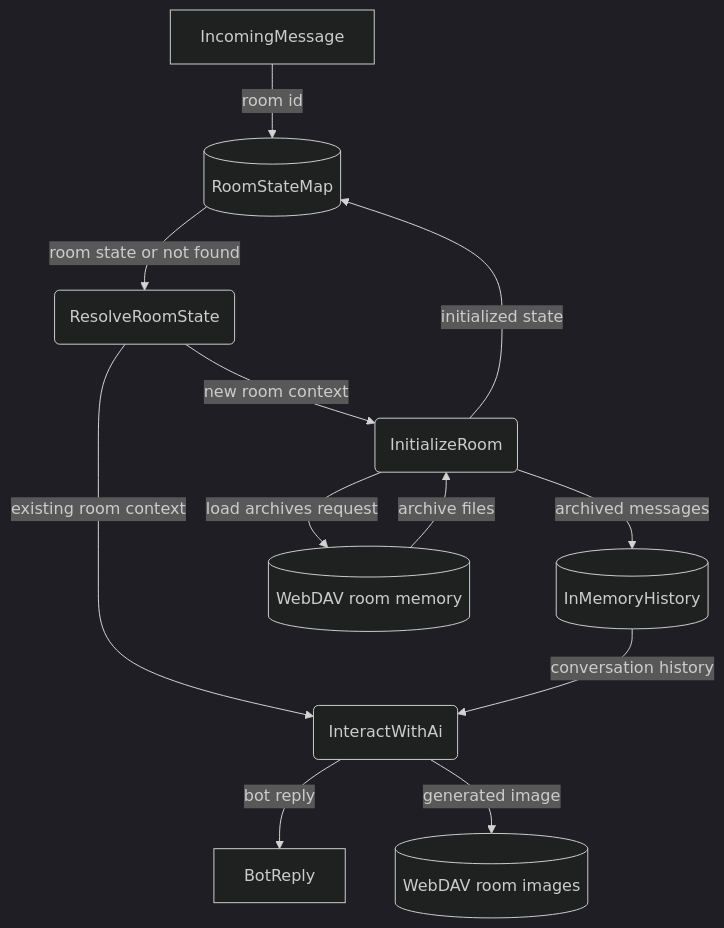
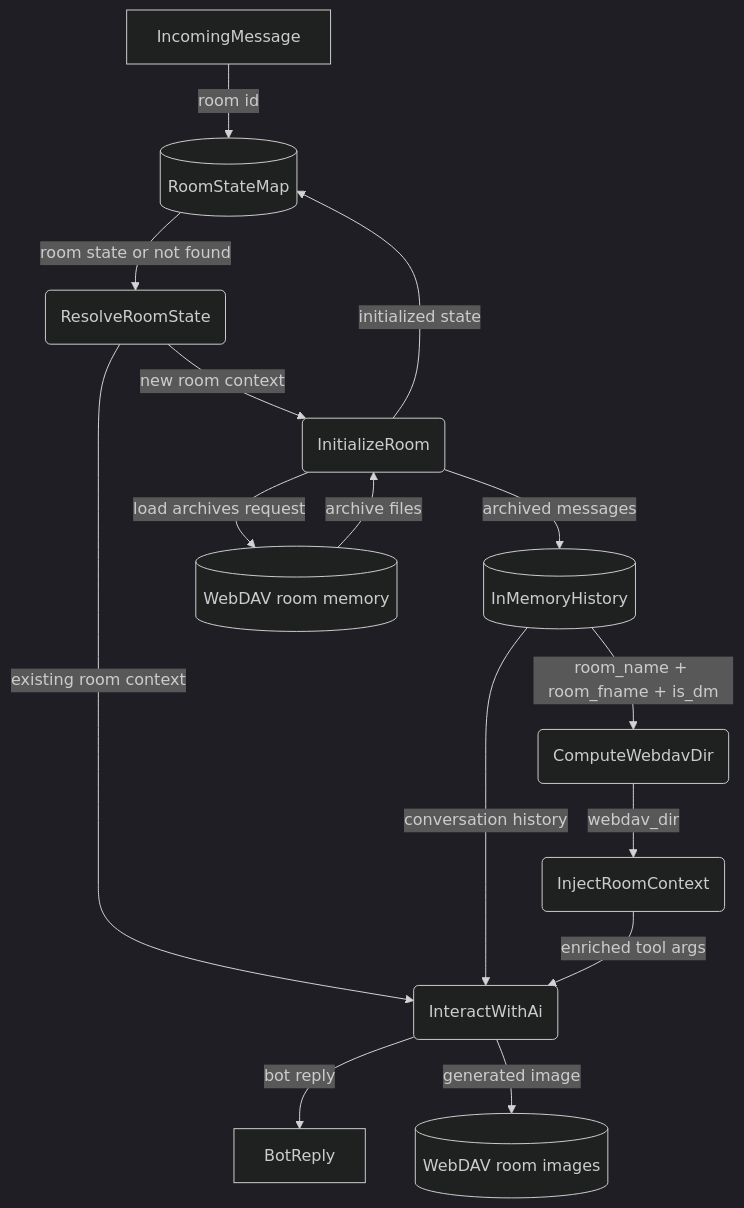
Before and after one commit to cosmoswafer/rockbot: the sixth of 6 diagrams in _dfds/agent-harness.md, drawn with Mermaid (dark theme). The commit also changed other lines of this file and 4 other files, not shown here.

First line of the commit message:
dfd: fix room separation documentation - naming consistency, context injection, id disambiguation

````diff
--- a/_dfds/agent-harness.md
+++ b/_dfds/agent-harness.md
@@ -178,24 +189,29 @@
 ```mermaid
 flowchart TD
     RC[IncomingMessage]
     ROOM_MAP[(RoomStateMap)]
     RESOLVE(ResolveRoomState)
     NEW_ROOM(InitializeRoom)
     MEM[(InMemoryHistory)]
+    COMPUTE(ComputeWebdavDir)
+    INJECT(InjectRoomContext)
     INACT(InteractWithAi)
     REPLY[BotReply]
     DAV[(WebDAV room memory)]
     DAV_IMG[(WebDAV room images)]
 
     RC -->|"room id"| ROOM_MAP
     ROOM_MAP -->|"room state or not found"| RESOLVE
     RESOLVE -->|"new room context"| NEW_ROOM
     RESOLVE -->|"existing room context"| INACT
     NEW_ROOM -->|"load archives request"| DAV
     DAV -->|"archive files"| NEW_ROOM
     NEW_ROOM -->|"archived messages"| MEM
     NEW_ROOM -->|"initialized state"| ROOM_MAP
     MEM -->|"conversation history"| INACT
+    MEM -->|"room_name + room_fname + is_dm"| COMPUTE
+    COMPUTE -->|"webdav_dir"| INJECT
+    INJECT -->|"enriched tool args"| INACT
     INACT -->|"bot reply"| REPLY
     INACT -->|"generated image"| DAV_IMG
 ```
````
